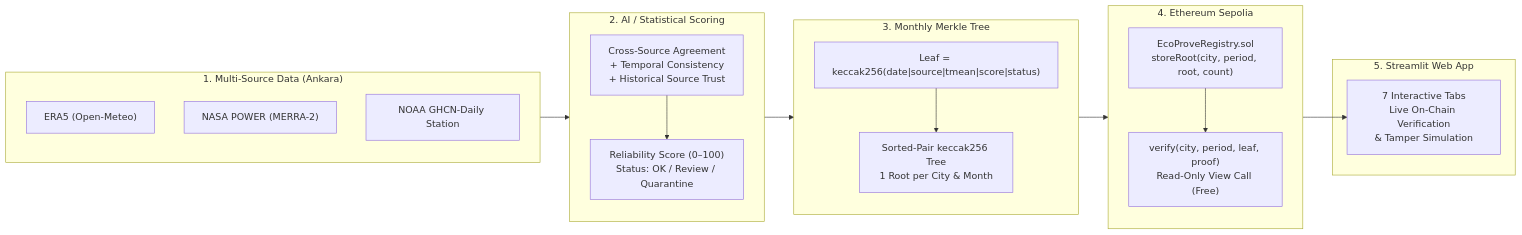
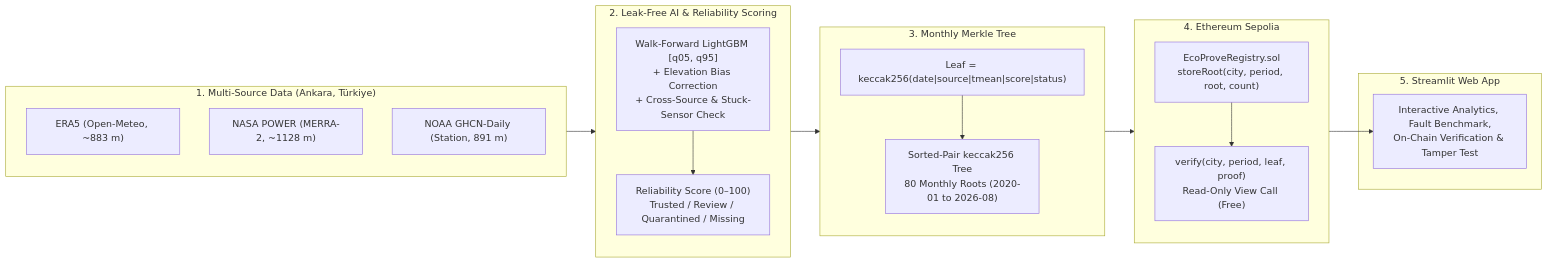
The diagram in README.md (slaakayaa04-tech/ecoprove-ai), drawn with Mermaid before and after one commit. The commit also changed other lines of this file and 21 other files, not shown here.

````diff
--- a/README.md
+++ b/README.md
@@ -24,32 +28,32 @@
 ```mermaid
 flowchart LR
-    subgraph S1["1. Multi-Source Data (Ankara)"]
-        A1["ERA5 (Open-Meteo)"]
-        A2["NASA POWER (MERRA-2)"]
-        A3["NOAA GHCN-Daily Station"]
+    subgraph S1["1. Multi-Source Data (Ankara, Türkiye)"]
+        A1["ERA5 (Open-Meteo, ~883 m)"]
+        A2["NASA POWER (MERRA-2, ~1128 m)"]
+        A3["NOAA GHCN-Daily (Station, 891 m)"]
     end
 
-    subgraph S2["2. AI / Statistical Scoring"]
-        B1["Cross-Source Agreement\n+ Temporal Consistency\n+ Historical Source Trust"]
-        B2["Reliability Score (0–100)\nStatus: OK / Review / Quarantine"]
+    subgraph S2["2. Leak-Free AI & Reliability Scoring"]
+        B1["Walk-Forward LightGBM [q05, q95]\n+ Elevation Bias Correction\n+ Cross-Source & Stuck-Sensor Check"]
+        B2["Reliability Score (0–100)\nTrusted / Review / Quarantined / Missing"]
         B1 --> B2
     end
 
     subgraph S3["3. Monthly Merkle Tree"]
         C1["Leaf = keccak256(date|source|tmean|score|status)"]
-        C2["Sorted-Pair keccak256 Tree\n1 Root per City & Month"]
+        C2["Sorted-Pair keccak256 Tree\n80 Monthly Roots (2020-01 to 2026-08)"]
         C1 --> C2
     end
 
     subgraph S4["4. Ethereum Sepolia"]
         D1["EcoProveRegistry.sol\nstoreRoot(city, period, root, count)"]
         D2["verify(city, period, leaf, proof)\nRead-Only View Call (Free)"]
         D1 --> D2
     end
 
     subgraph S5["5. Streamlit Web App"]
-        E1["7 Interactive Tabs\nLive On-Chain Verification\n& Tamper Simulation"]
+        E1["Interactive Analytics, Fault Benchmark,\nOn-Chain Verification & Tamper Test"]
     end
 
     S1 --> S2 --> S3 --> S4 --> E1
 ```
````
